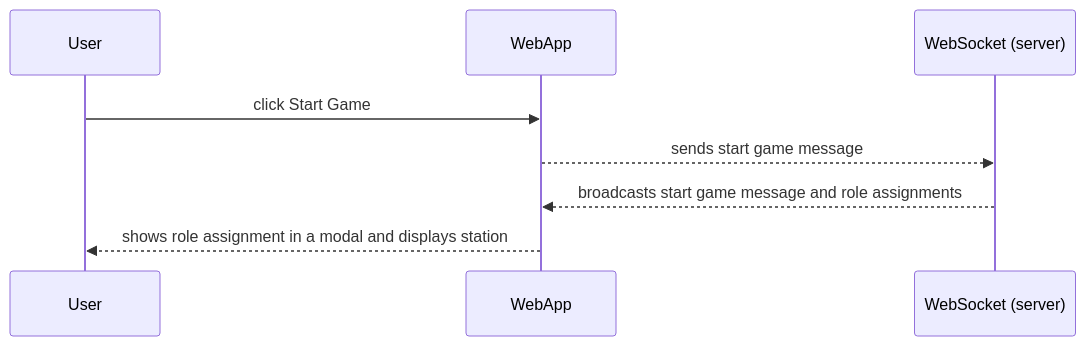
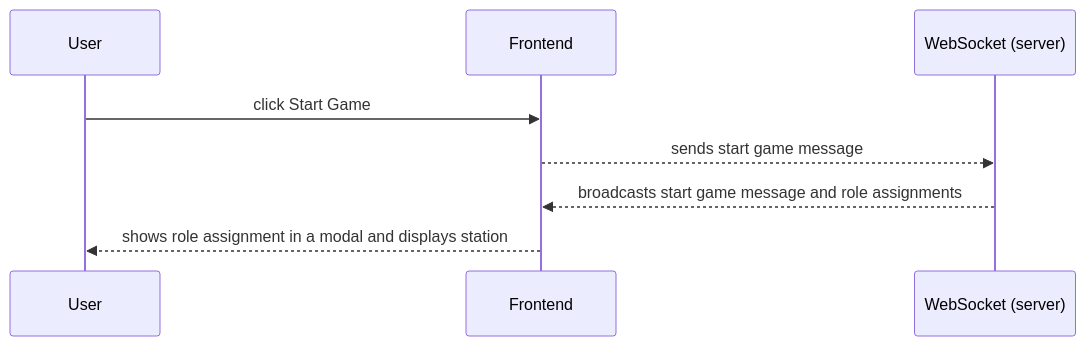
The sixth of 19 diagrams in documentation/docs/system-architecture/use-case-sequences.md (Capstone-Projects-2025-Spring/aac-go-fish), drawn with Mermaid before and after one commit. The commit also changed other lines of this file and 2 other files, not shown here.

````diff
--- a/documentation/docs/system-architecture/use-case-sequences.md
+++ b/documentation/docs/system-architecture/use-case-sequences.md
@@ -101,11 +101,11 @@
 ```mermaid
 sequenceDiagram
     participant User as User
-    participant WebApp
+    participant Frontend
     participant WS as WebSocket (server)
 
-    User->>WebApp: click Start Game
-    WebApp-->>WS: sends start game message
-    WS-->>WebApp: broadcasts start game message and role assignments
-    WebApp-->>User: shows role assignment in a modal and displays station
+    User->>Frontend: click Start Game
+    Frontend-->>WS: sends start game message
+    WS-->>Frontend: broadcasts start game message and role assignments
+    Frontend-->>User: shows role assignment in a modal and displays station
 ```
````
